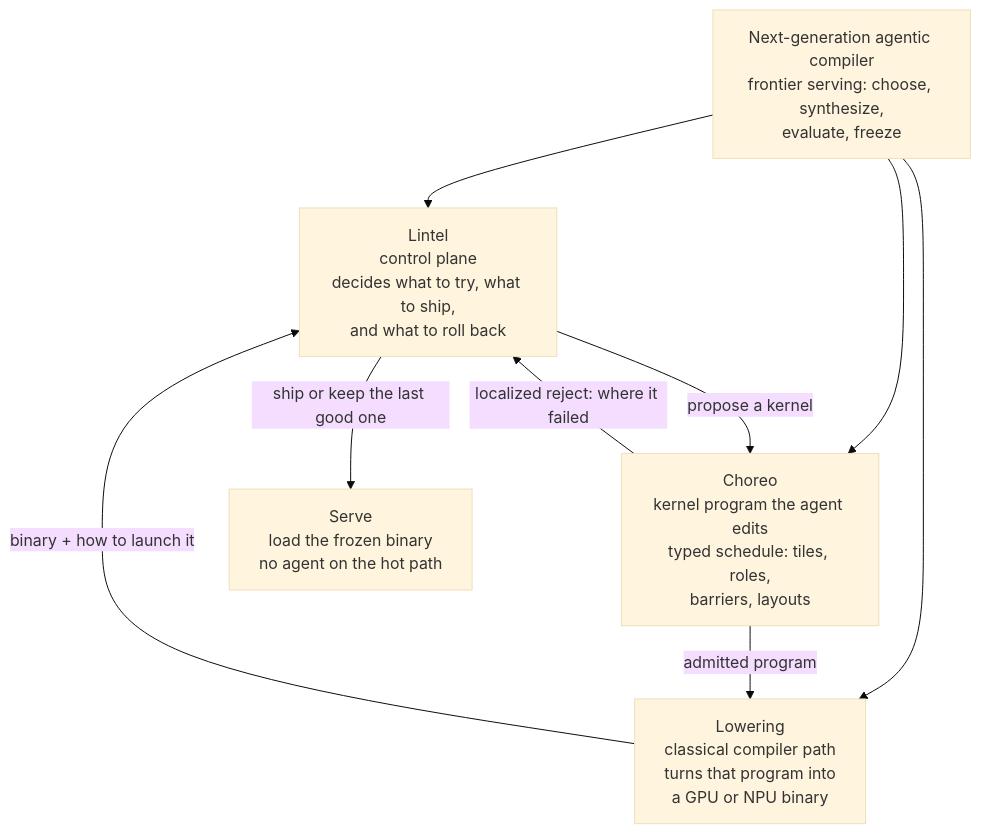
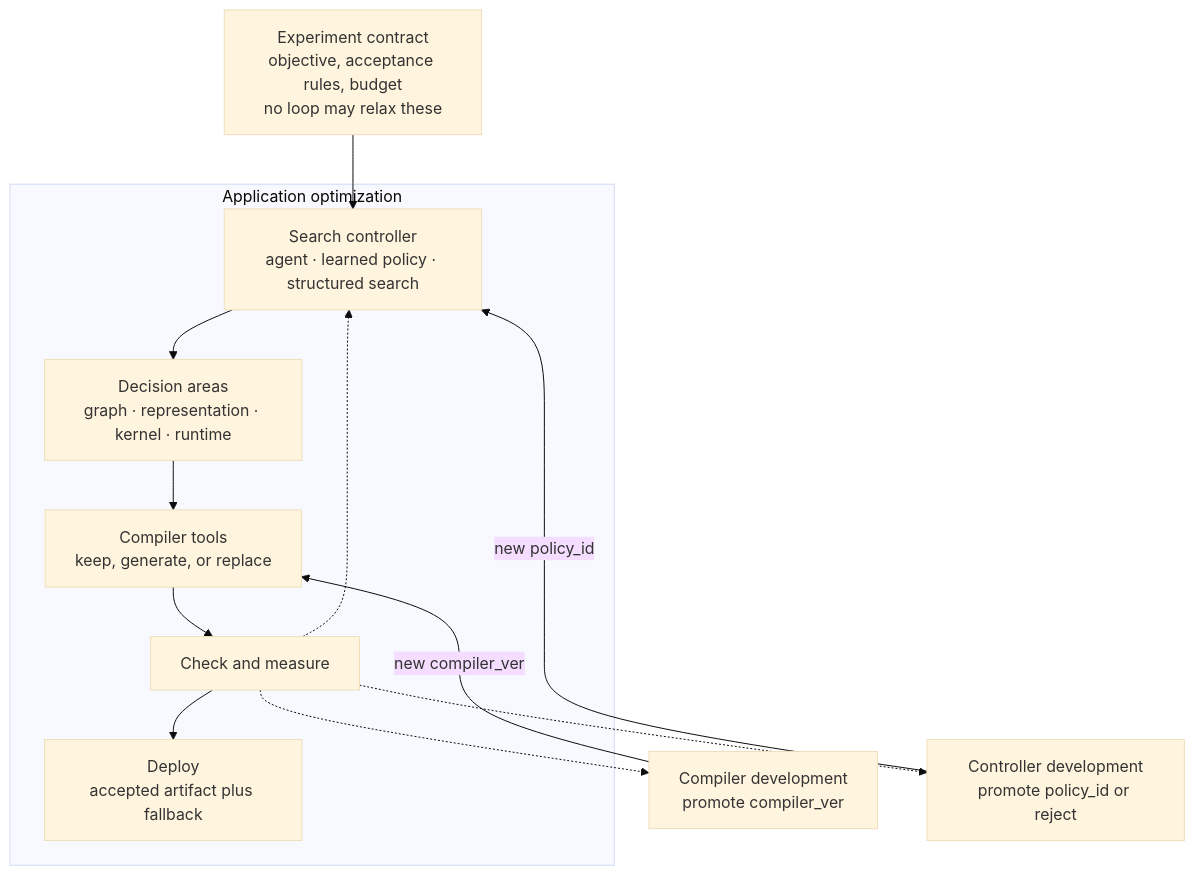
Before and after one commit to zackc6/lintel: the diagram in README.md, drawn with Mermaid (base theme). The commit also changed other lines of this file and 6 other files, not shown here.

First line of the commit message:
Design the early-stage architecture with full function coverage.

````diff
--- a/README.md
+++ b/README.md
@@ -9,19 +7,23 @@
 ```mermaid
 flowchart TB
-  GOAL["Next-generation agentic compiler<br/>frontier serving: choose, synthesize,<br/>evaluate, freeze"]
+  CONTRACT["Experiment contract<br/>objective, acceptance rules, budget<br/>no loop may relax these"]
 
-  LINTEL["Lintel<br/>control plane<br/>decides what to try, what to ship,<br/>and what to roll back"]
-  CHOREO["Choreo<br/>kernel program the agent edits<br/>typed schedule: tiles, roles,<br/>barriers, layouts"]
-  LOWER["Lowering<br/>classical compiler path<br/>turns that program into<br/>a GPU or NPU binary"]
-  SERVE["Serve<br/>load the frozen binary<br/>no agent on the hot path"]
+  subgraph APP["Application optimization"]
+    SEARCH["Search controller<br/>agent · learned policy · structured search"]
+    AREAS["Decision areas<br/>graph · representation · kernel · runtime"]
+    TOOLS["Compiler tools<br/>keep, generate, or replace"]
+    CHECK["Check and measure"]
+    DEPLOY["Deploy<br/>accepted artifact plus fallback"]
+  end
 
-  GOAL --> LINTEL
-  GOAL --> CHOREO
-  GOAL --> LOWER
+  COMP["Compiler development<br/>promote compiler_ver"]
+  CTRL["Controller development<br/>promote policy_id or reject"]
 
-  LINTEL -->|"propose a kernel"| CHOREO
-  CHOREO -->|"localized reject: where it failed"| LINTEL
-  CHOREO -->|"admitted program"| LOWER
-  LOWER -->|"binary + how to launch it"| LINTEL
-  LINTEL -->|"ship or keep the last good one"| SERVE
+  CONTRACT --> SEARCH
+  SEARCH --> AREAS --> TOOLS --> CHECK --> DEPLOY
+  CHECK -.-> SEARCH
+  CHECK -.-> COMP
+  CHECK -.-> CTRL
+  COMP -->|new compiler_ver| TOOLS
+  CTRL -->|new policy_id| SEARCH
 ```
````
